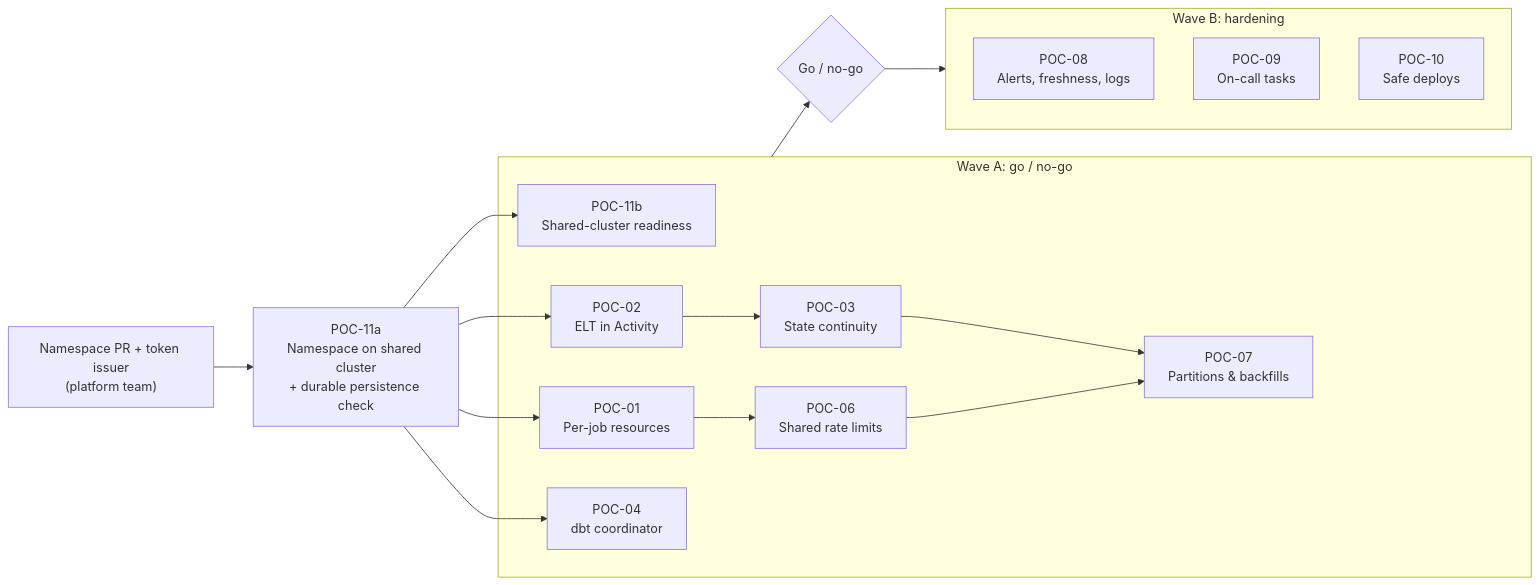
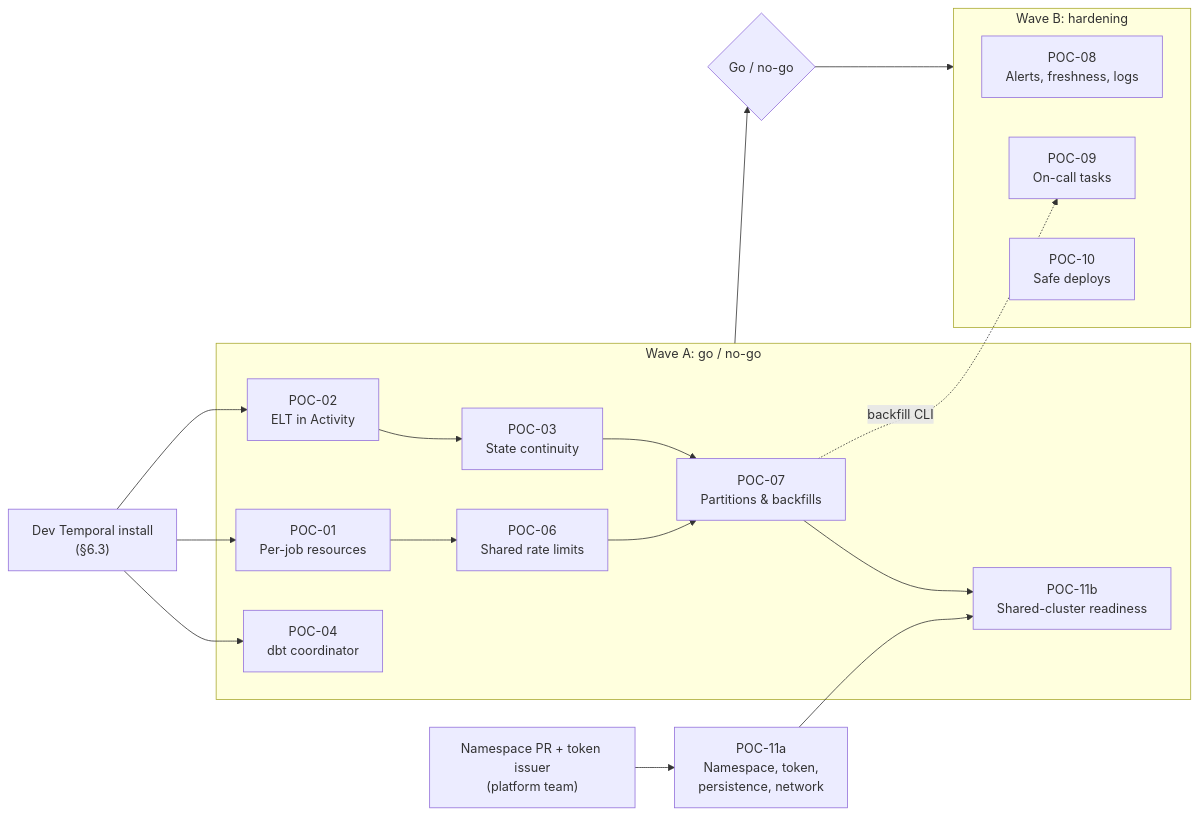
The ninth of 15 diagrams in docs/2-migration-plan.md (infroid/temporal-vs-dagster), drawn with Mermaid before and after one commit. The commit also changed other lines of this file and 3 other files, not shown here.

````diff
--- a/docs/2-migration-plan.md
+++ b/docs/2-migration-plan.md
@@ -512,28 +534,24 @@
 ```mermaid
 flowchart LR
-  NSPR["Namespace PR + token issuer<br/>(platform team)"] --> P11a["POC-11a<br/>Namespace on shared cluster<br/>+ durable persistence check"]
+  NSPR["Namespace PR + token issuer<br/>(platform team)"] --> P11a["POC-11a<br/>Namespace, token,<br/>persistence, network"]
   subgraph A["Wave A: go / no-go"]
-    P11b["POC-11b<br/>Shared-cluster readiness"]
-    P01["POC-01<br/>Per-job resources"]
-    P02["POC-02<br/>ELT in Activity"]
-    P03["POC-03<br/>State continuity"]
+    P02["POC-02<br/>ELT in Activity"] --> P03["POC-03<br/>State continuity"]
+    P01["POC-01<br/>Per-job resources"] --> P06["POC-06<br/>Shared rate limits"]
     P04["POC-04<br/>dbt coordinator"]
-    P06["POC-06<br/>Shared rate limits"]
-    P07["POC-07<br/>Partitions & backfills"]
+    P03 --> P07["POC-07<br/>Partitions & backfills"]
+    P06 --> P07
+    P07 --> P11b["POC-11b<br/>Shared-cluster readiness"]
   end
+  DEV["Dev Temporal install<br/>(§6.3)"] --> P02
+  DEV --> P01
+  DEV --> P04
   P11a --> P11b
-  P11a --> P01
-  P11a --> P02
-  P11a --> P04
-  P02 --> P03
-  P03 --> P07
-  P01 --> P06
-  P06 --> P07
   A --> GATE{"Go / no-go"}
   subgraph B["Wave B: hardening"]
     P08["POC-08<br/>Alerts, freshness, logs"]
     P09["POC-09<br/>On-call tasks"]
     P10["POC-10<br/>Safe deploys"]
   end
   GATE --> B
+  P07 -. backfill CLI .-> P09
 ```
````
